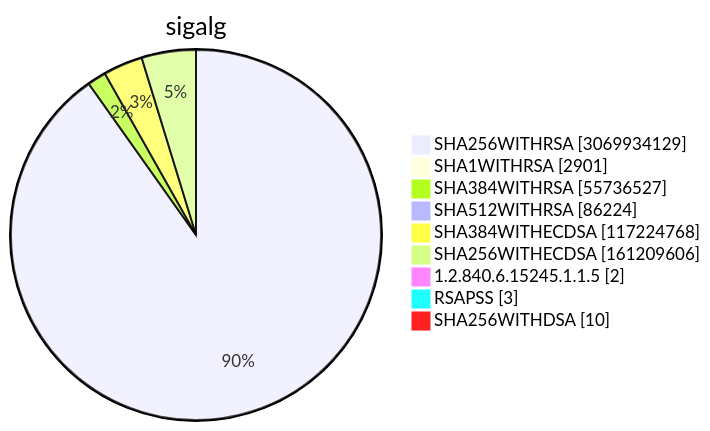
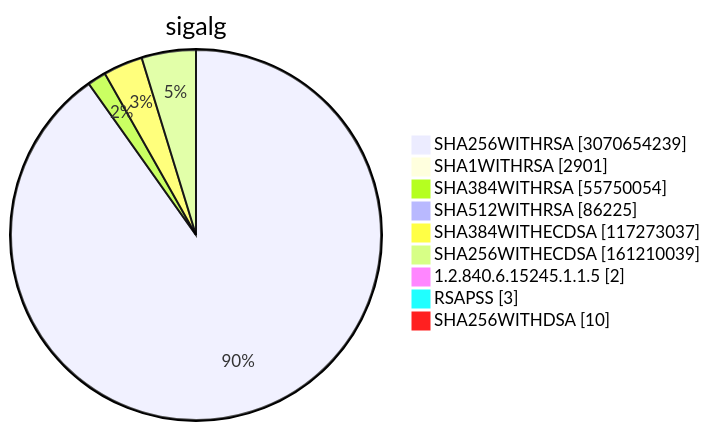
Before and after one commit to christiankrug/ctmonitor_visualization: diagram 15 of 15 in TOTAL/README.md, drawn with Mermaid. The commit also changed other lines of this file, not shown here.

````diff
--- a/TOTAL/README.md
+++ b/TOTAL/README.md
@@ -6209,13 +6209,13 @@
 ```mermaid
 pie showData
 title sigalg
-"SHA256WITHRSA" :3069934129
+"SHA256WITHRSA" :3070654239
 "SHA1WITHRSA" :2901
-"SHA384WITHRSA" :55736527
-"SHA512WITHRSA" :86224
-"SHA384WITHECDSA" :117224768
-"SHA256WITHECDSA" :161209606
+"SHA384WITHRSA" :55750054
+"SHA512WITHRSA" :86225
+"SHA384WITHECDSA" :117273037
+"SHA256WITHECDSA" :161210039
 "1.2.840.6.15245.1.1.5" :2
 "RSAPSS" :3
 "SHA256WITHDSA" :10
 ```
````
